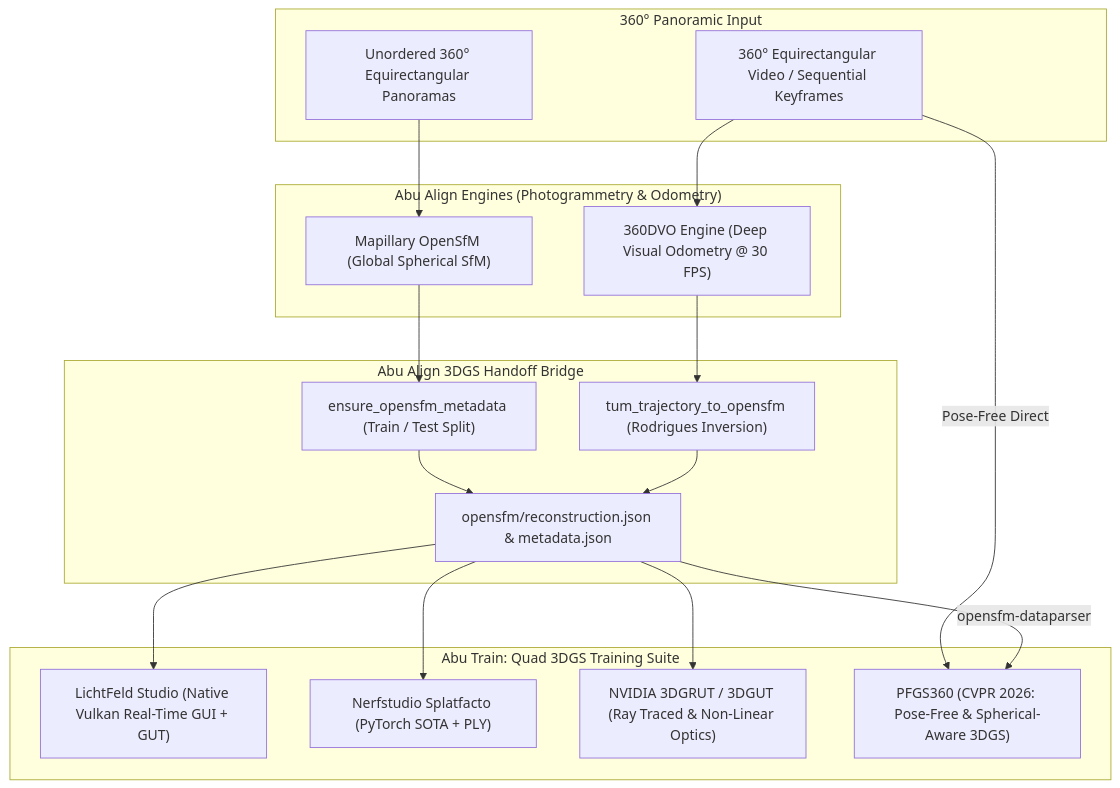
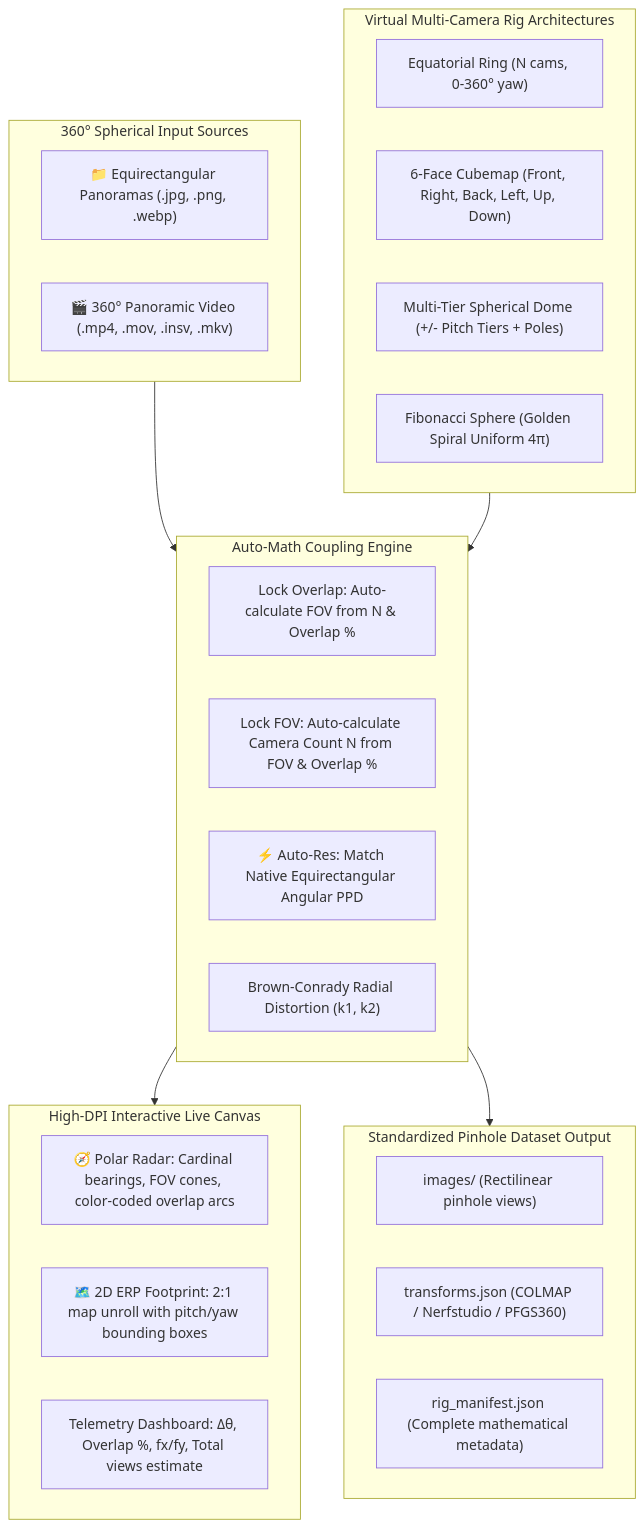
One commit to saemranian/abu-align-train changed the diagram in walkthrough.md. Above: the diagram before and after it, drawn with Mermaid. The commit also changed other lines of this file and 30 other files, not shown here.

````diff
--- a/walkthrough.md
+++ b/walkthrough.md
@@ -17,34 +13,38 @@
 ```mermaid
 flowchart TD
-    subgraph Capture ["360° Panoramic Input"]
-        PanoVideo["360° Equirectangular Video / Sequential Keyframes"]
-        PanoPhotos["Unordered 360° Equirectangular Panoramas"]
+    subgraph Intake ["360° Spherical Input Sources"]
+        PanoFolder["📁 Equirectangular Panoramas (.jpg, .png, .webp)"]
+        VideoFile["🎬 360° Panoramic Video (.mp4, .mov, .insv, .mkv)"]
     end
 
-    subgraph AlignmentEngines ["Abu Align Engines (Photogrammetry & Odometry)"]
-        OpenSfM["Mapillary OpenSfM (Global Spherical SfM)"]
-        DVO["360DVO Engine (Deep Visual Odometry @ 30 FPS)"]
+    subgraph RigArchitectures ["Virtual Multi-Camera Rig Architectures"]
+        Ring["Equatorial Ring (N cams, 0-360° yaw)"]
+        Cube["6-Face Cubemap (Front, Right, Back, Left, Up, Down)"]
+        Dome["Multi-Tier Spherical Dome (+/- Pitch Tiers + Poles)"]
+        Fibonacci["Fibonacci Sphere (Golden Spiral Uniform 4π)"]
     end
 
-    subgraph HandoffBridge ["Abu Align 3DGS Handoff Bridge"]
-        DVOBridge["tum_trajectory_to_opensfm (Rodrigues Inversion)"]
-        SFMMeta["ensure_opensfm_metadata (Train / Test Split)"]
-        RecJSON["opensfm/reconstruction.json & metadata.json"]
+    subgraph AutoMathSolver ["Auto-Math Coupling Engine"]
+        Solver1["Lock Overlap: Auto-calculate FOV from N & Overlap %"]
+        Solver2["Lock FOV: Auto-calculate Camera Count N from FOV & Overlap %"]
+        AutoRes["⚡ Auto-Res: Match Native Equirectangular Angular PPD"]
+        Distortion["Brown-Conrady Radial Distortion (k1, k2)"]
     end
 
-    subgraph TrainingEngines ["Abu Train: Quad 3DGS Training Suite"]
-        LF["LichtFeld Studio (Native Vulkan Real-Time GUI + GUT)"]
-        NS["Nerfstudio Splatfacto (PyTorch SOTA + PLY)"]
-        GRUT["NVIDIA 3DGRUT / 3DGUT (Ray Traced & Non-Linear Optics)"]
-        PFGS["PFGS360 (CVPR 2026: Pose-Free & Spherical-Aware 3DGS)"]
+    subgraph RealTimeVisualizer ["High-DPI Interactive Live Canvas"]
+        PolarView["🧭 Polar Radar: Cardinal bearings, FOV cones, color-coded overlap arcs"]
+        EquirectView["🗺️ 2D ERP Footprint: 2:1 map unroll with pitch/yaw bounding boxes"]
+        Telemetry["Telemetry Dashboard: Δθ, Overlap %, fx/fy, Total views estimate"]
     end
 
-    PanoPhotos --> OpenSfM
-    PanoVideo --> DVO
-    PanoVideo -->|Pose-Free Direct| PFGS
+    subgraph Outputs ["Standardized Pinhole Dataset Output"]
+        ImagesDir["images/ (Rectilinear pinhole views)"]
+        TransformsJSON["transforms.json (COLMAP / Nerfstudio / PFGS360)"]
+        RigManifest["rig_manifest.json (Complete mathematical metadata)"]
+    end
 
-    OpenSfM --> SFMMeta --> RecJSON
-    DVO --> DVOBridge --> RecJSON
-    RecJSON -->|opensfm-dataparser| PFGS
-    RecJSON --> LF & NS & GRUT
+    Intake --> AutoMathSolver
+    RigArchitectures --> AutoMathSolver
+    AutoMathSolver --> RealTimeVisualizer
+    AutoMathSolver --> Outputs
 ```
````
